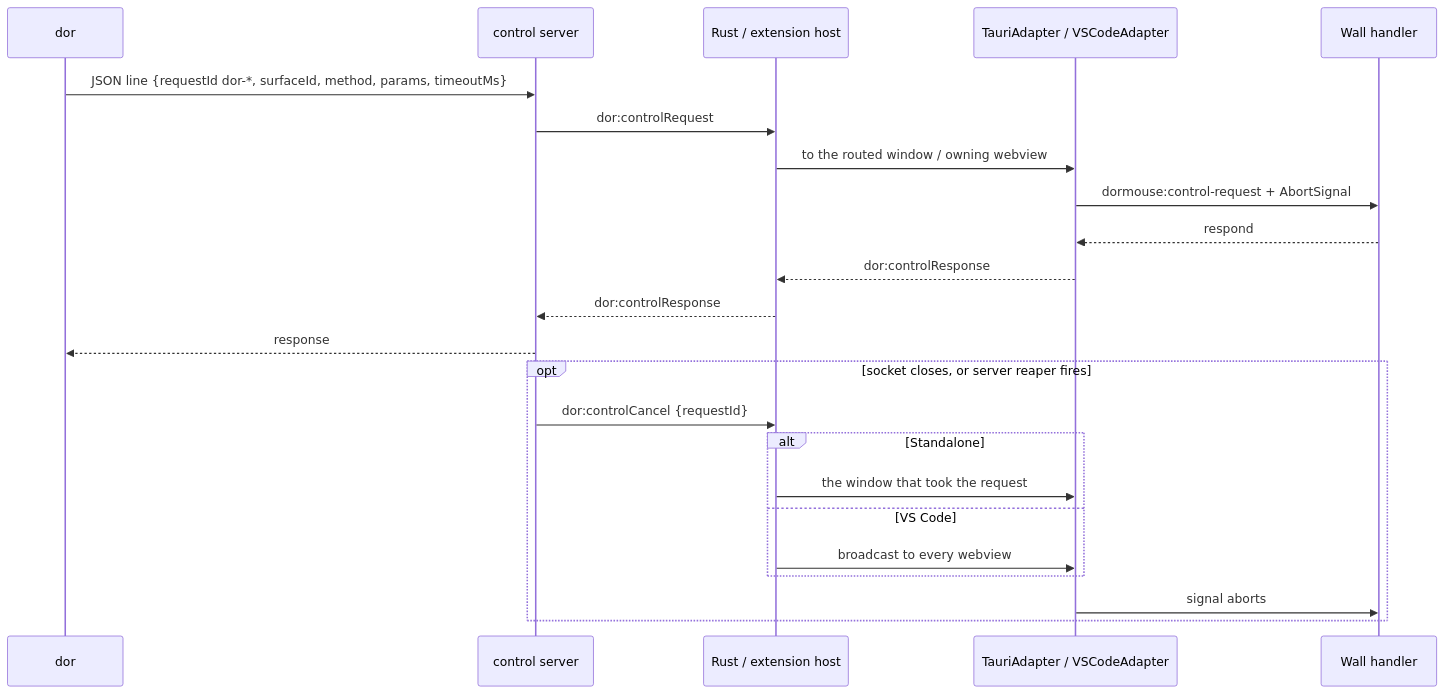
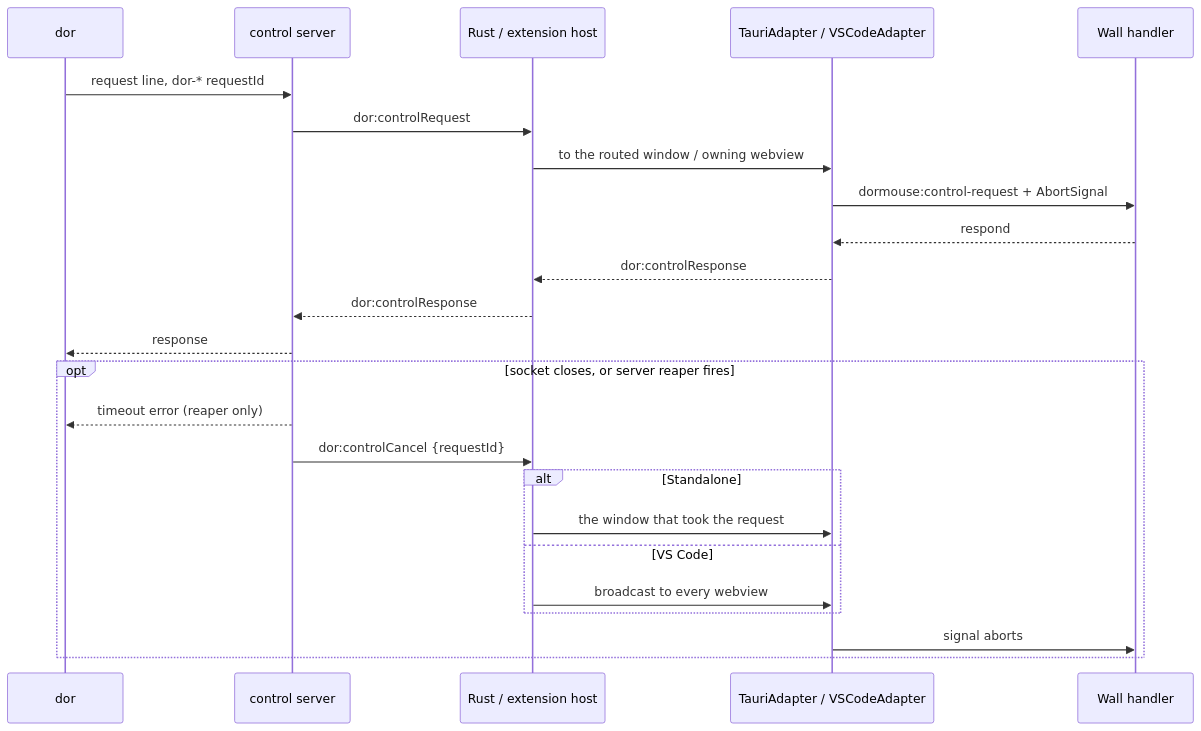
The first of 2 diagrams in docs/specs/dor-cli.md (diffplug/dormouse), drawn with Mermaid before and after one commit. The commit also changed other lines of this file, not shown here.

Commit message:
dor-cli: review fixes to the control hop diagram
Fixes e827b179d:
- Restore the id rule as a requirement: cancel routing by request id
  "requires that" dor-* ids never collide with Rust's req-* ids.
- The first message no longer restates the wire shape: "request line,
  dor-* requestId".
- Show that on a reaper timeout the server answers dor itself
  (dor-control-server.js).

````diff
--- a/docs/specs/dor-cli.md
+++ b/docs/specs/dor-cli.md
@@ -139,25 +139,26 @@
 ```mermaid
 sequenceDiagram
   participant D as dor
   participant S as control server
   participant H as Rust / extension host
   participant A as TauriAdapter / VSCodeAdapter
   participant W as Wall handler
-  D->>S: JSON line {requestId dor-*, surfaceId, method, params, timeoutMs}
+  D->>S: request line, dor-* requestId
   S->>H: dor:controlRequest
   H->>A: to the routed window / owning webview
   A->>W: dormouse:control-request + AbortSignal
   W-->>A: respond
   A-->>H: dor:controlResponse
   H-->>S: dor:controlResponse
   S-->>D: response
   opt socket closes, or server reaper fires
+    S-->>D: timeout error (reaper only)
     S->>H: dor:controlCancel {requestId}
     alt Standalone
       H->>A: the window that took the request
     else VS Code
       H->>A: broadcast to every webview
     end
     A->>W: signal aborts
   end
 ```
````
